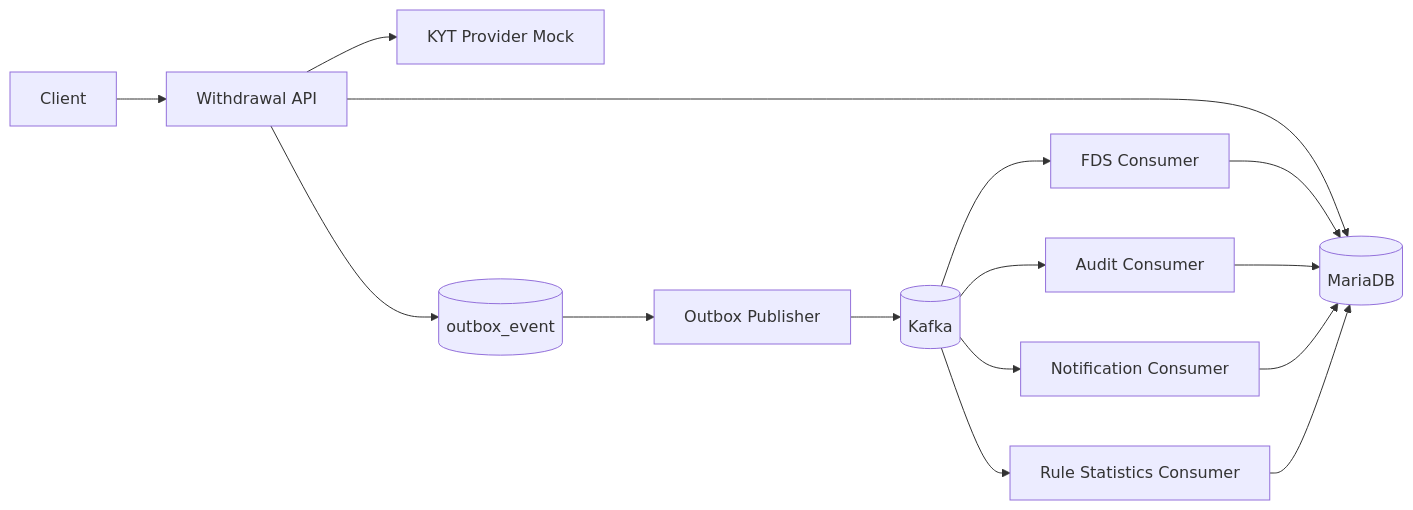
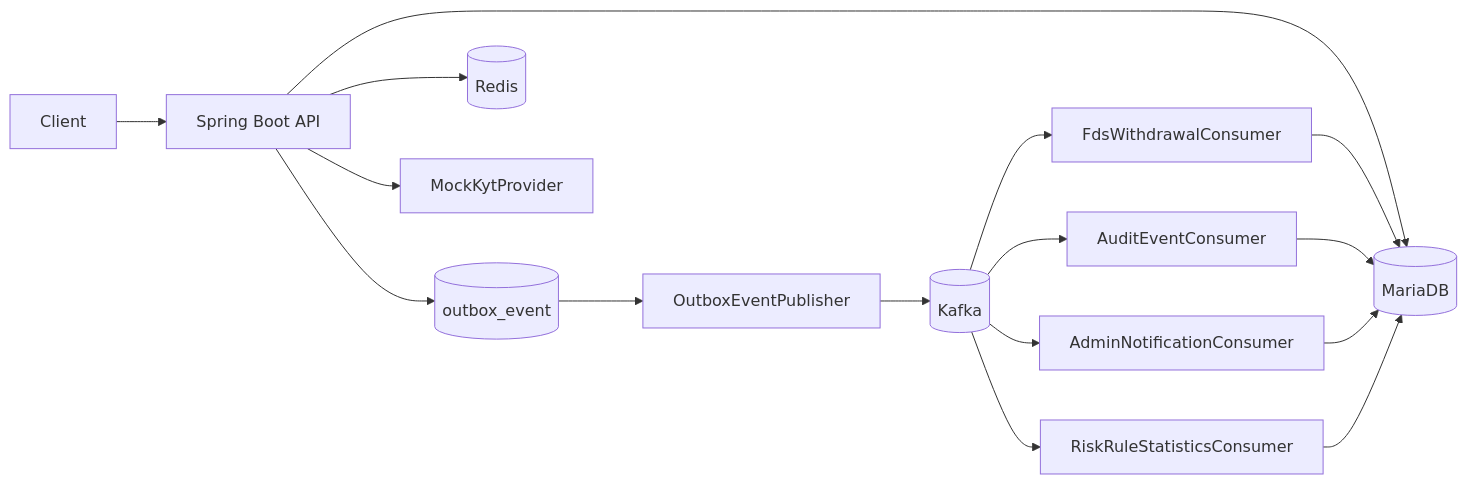
One commit to shihaim/digital-asset-risk-platform changed the first of 3 diagrams in README.md. Above: the diagram before and after it, drawn with Mermaid. The commit also changed other lines of this file and 24 other files, not shown here.

````diff
--- a/README.md
+++ b/README.md
@@ -36,17 +83,22 @@
 ```mermaid
 flowchart LR
-    Client[Client] --> API[Withdrawal API]
-    API --> KYT[KYT Provider Mock]
+    Client[Client] --> API[Spring Boot API]
+
     API --> DB[(MariaDB)]
     API --> Outbox[(outbox_event)]
-    Outbox --> Publisher[Outbox Publisher]
+    API --> Redis[(Redis)]
+    API --> KYT[MockKytProvider]
+
+    Outbox --> Publisher[OutboxEventPublisher]
     Publisher --> Kafka[(Kafka)]
-    Kafka --> FDS[FDS Consumer]
-    Kafka --> Audit[Audit Consumer]
-    Kafka --> Notify[Notification Consumer]
-    Kafka --> Stats[Rule Statistics Consumer]
+
+    Kafka --> FDS[FdsWithdrawalConsumer]
+    Kafka --> Audit[AuditEventConsumer]
+    Kafka --> Notify[AdminNotificationConsumer]
+    Kafka --> Stats[RiskRuleStatisticsConsumer]
+
     FDS --> DB
     Audit --> DB
     Notify --> DB
     Stats --> DB
 ```
````
